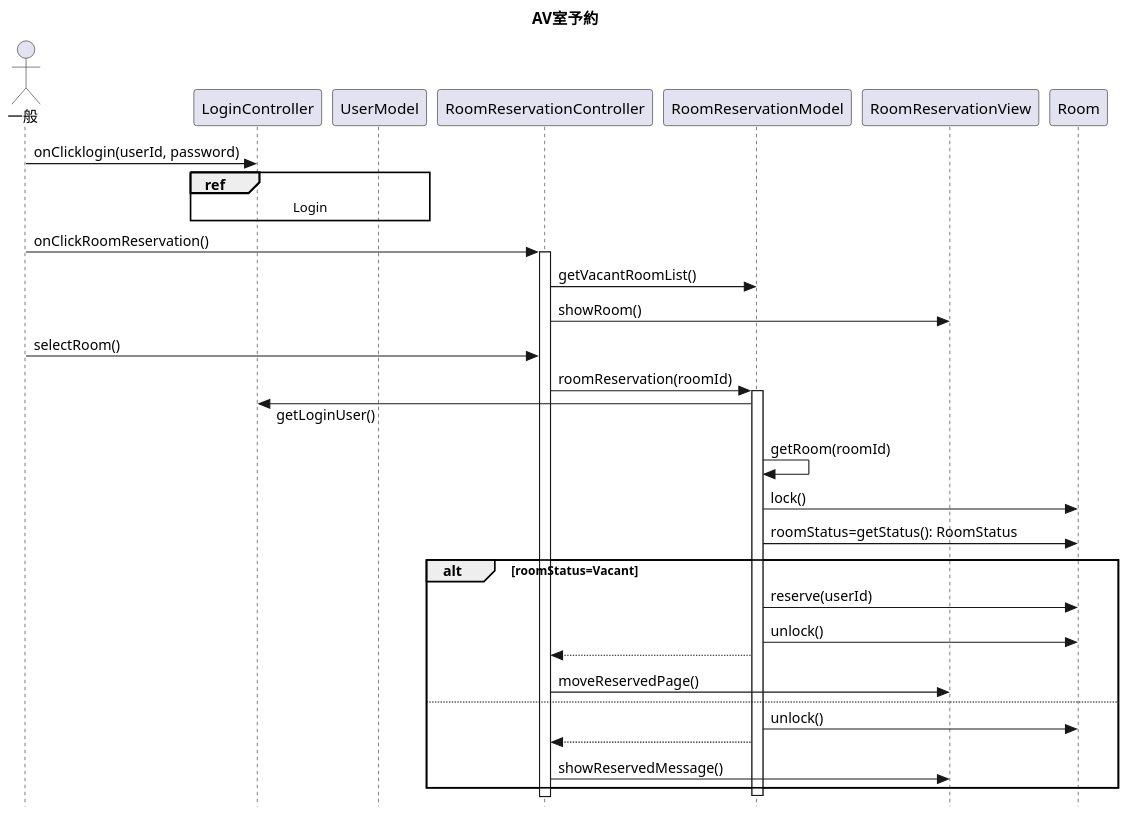
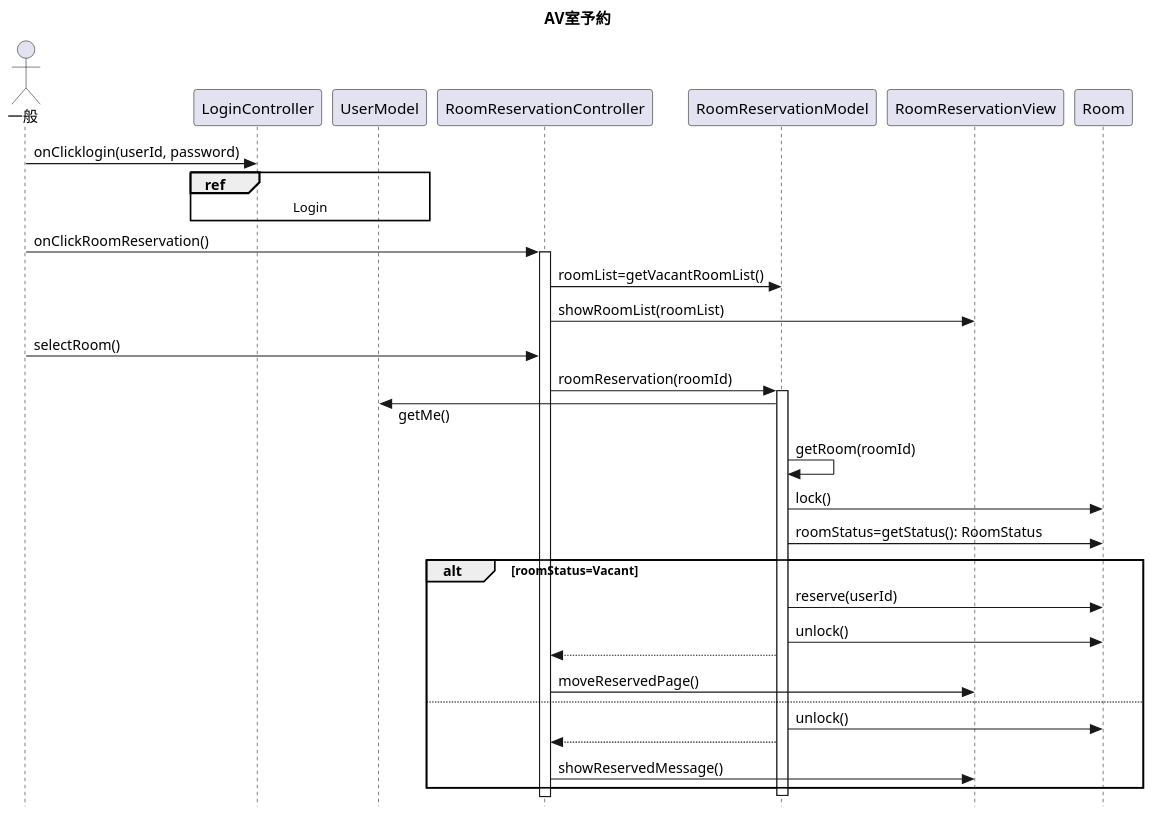
The fifth of 7 diagrams in sequence.pu (Romira915/AdvancedSoftwareEngineering3-Task), drawn with PlantUML before and after one commit. The commit also changed other lines of this file and 1 other file, not shown here.

```diff
--- a/sequence.pu
+++ b/sequence.pu
@@ -173,47 +173,47 @@
 @startuml AV室予約
 
 title AV室予約
 skinparam dpi 150
 skinparam responseMessageBelowArrow true
 skinparam style strictuml
 
 actor 一般 as user
 participant LoginController
 participant UserModel
 participant RoomReservationController
 participant RoomReservationModel
 participant RoomReservationView
 
 user -> LoginController : onClicklogin(userId, password)
 ref over UserModel, LoginController : Login
 
 user -> RoomReservationController : onClickRoomReservation()
 
 activate RoomReservationController
-RoomReservationController -> RoomReservationModel : getVacantRoomList()
-RoomReservationController -> RoomReservationView : showRoom()
+RoomReservationController -> RoomReservationModel : roomList=getVacantRoomList()
+RoomReservationController -> RoomReservationView : showRoomList(roomList)
 
 user -> RoomReservationController : selectRoom()
 RoomReservationController -> RoomReservationModel : roomReservation(roomId)
 
 activate RoomReservationModel
-LoginController <- RoomReservationModel : getLoginUser()
+UserModel <- RoomReservationModel : getMe()
 RoomReservationModel -> RoomReservationModel : getRoom(roomId)
 
 RoomReservationModel -> Room : lock()
 RoomReservationModel -> Room : roomStatus=getStatus(): RoomStatus
 alt roomStatus=Vacant
     RoomReservationModel -> Room : reserve(userId)
     RoomReservationModel -> Room : unlock()
 
     RoomReservationController <-- RoomReservationModel
     RoomReservationController -> RoomReservationView : moveReservedPage()
 else
     RoomReservationModel -> Room : unlock()
 
     RoomReservationController <-- RoomReservationModel
     RoomReservationController -> RoomReservationView : showReservedMessage()
 end
 deactivate RoomReservationModel
 
 @enduml
```
